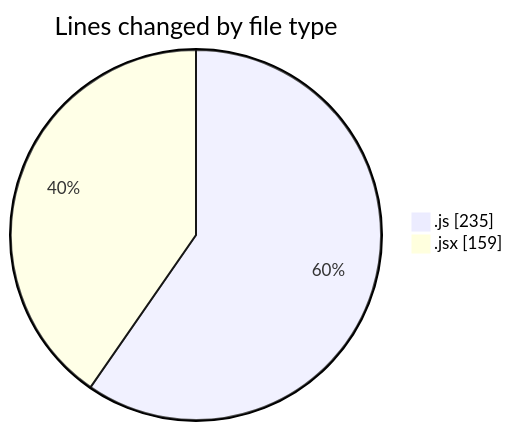
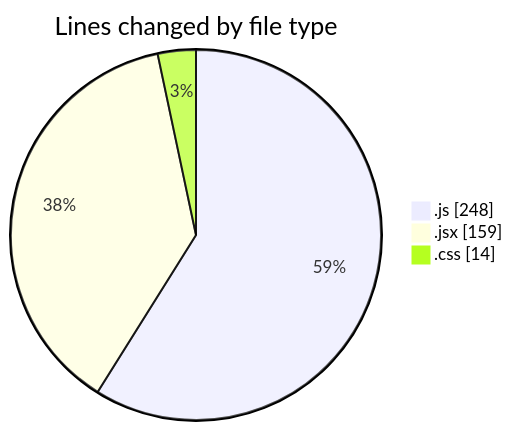
One commit to Ritupan-Deka/code-tracking changed the first of 2 diagrams in 2025-07-01/urlwebwalatask/README.md. Above: the diagram before and after it, drawn with Mermaid. The commit also changed other lines of this file and 1 other file, not shown here.

````diff
--- a/2025-07-01/urlwebwalatask/README.md
+++ b/2025-07-01/urlwebwalatask/README.md
@@ -24,6 +25,7 @@
 ```mermaid
 pie showData
 title Lines changed by file type
-".js" : 235
+".js" : 248
 ".jsx" : 159
+".css" : 14
 ```
````
